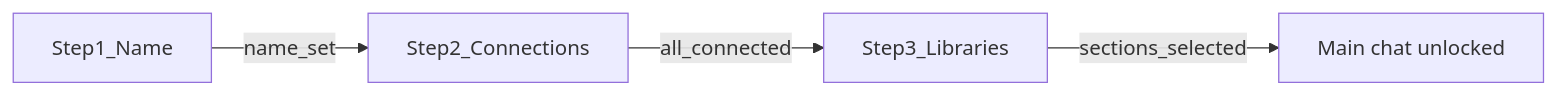
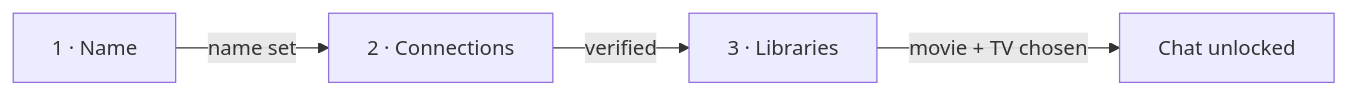
One commit to romwil/curatorx changed the diagram in docs/ONBOARDING.md. Above: the diagram before and after it, drawn with Mermaid. The commit also changed other lines of this file and 20 other files, not shown here.

````diff
--- a/docs/ONBOARDING.md
+++ b/docs/ONBOARDING.md
@@ -11,6 +43,6 @@
 ```mermaid
 flowchart LR
-  S1[Step1_Name] -->|name_set| S2[Step2_Connections]
-  S2 -->|all_connected| S3[Step3_Libraries]
-  S3 -->|sections_selected| Chat[Main chat unlocked]
+  S1[1 · Name] -->|name set| S2[2 · Connections]
+  S2 -->|verified| S3[3 · Libraries]
+  S3 -->|movie + TV chosen| Chat[Chat unlocked]
 ```
````
